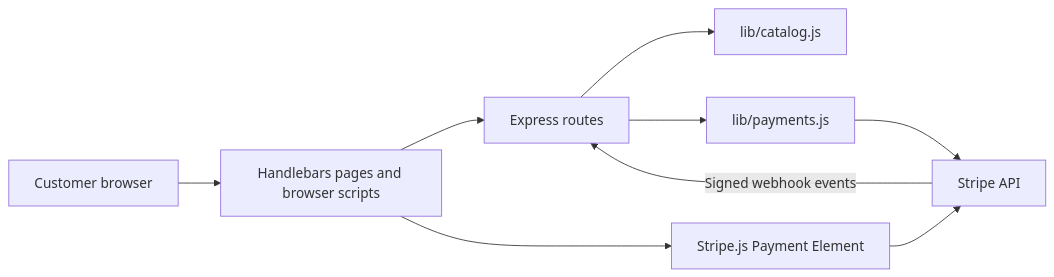
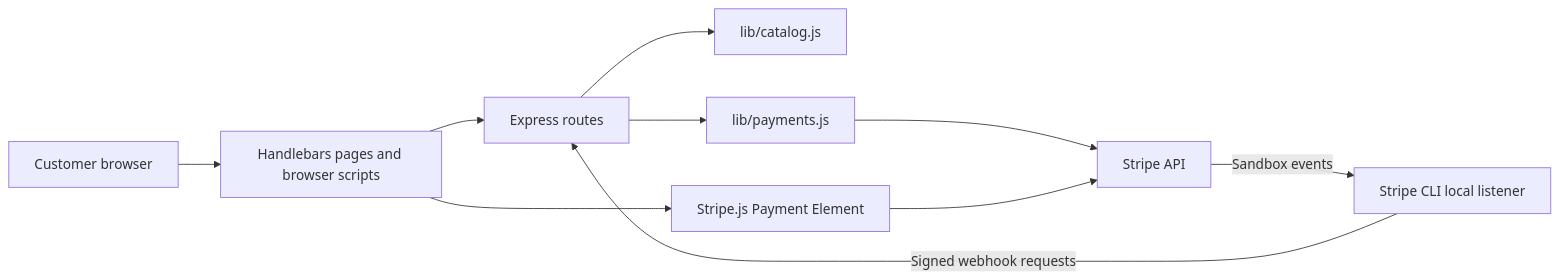
Before and after one commit to rifahmirzaa/sa-takehome-project-node: the first of 4 diagrams in docs/design.md, drawn with Mermaid. The commit also changed other lines of this file and 2 other files, not shown here.

````diff
--- a/docs/design.md
+++ b/docs/design.md
@@ -7,18 +9,20 @@
 ```mermaid
 flowchart LR
     Buyer[Customer browser]
     UI[Handlebars pages and browser scripts]
     App[Express routes]
     Catalog[lib/catalog.js]
     Payments[lib/payments.js]
     Element[Stripe.js Payment Element]
     Stripe[Stripe API]
     Buyer --> UI
     UI --> App
     UI --> Element
     App --> Catalog
     App --> Payments
     Payments --> Stripe
     Element --> Stripe
-    Stripe -->|Signed webhook events| App
+    CLI[Stripe CLI local listener]
+    Stripe -->|Sandbox events| CLI
+    CLI -->|Signed webhook requests| App
 ```
````
